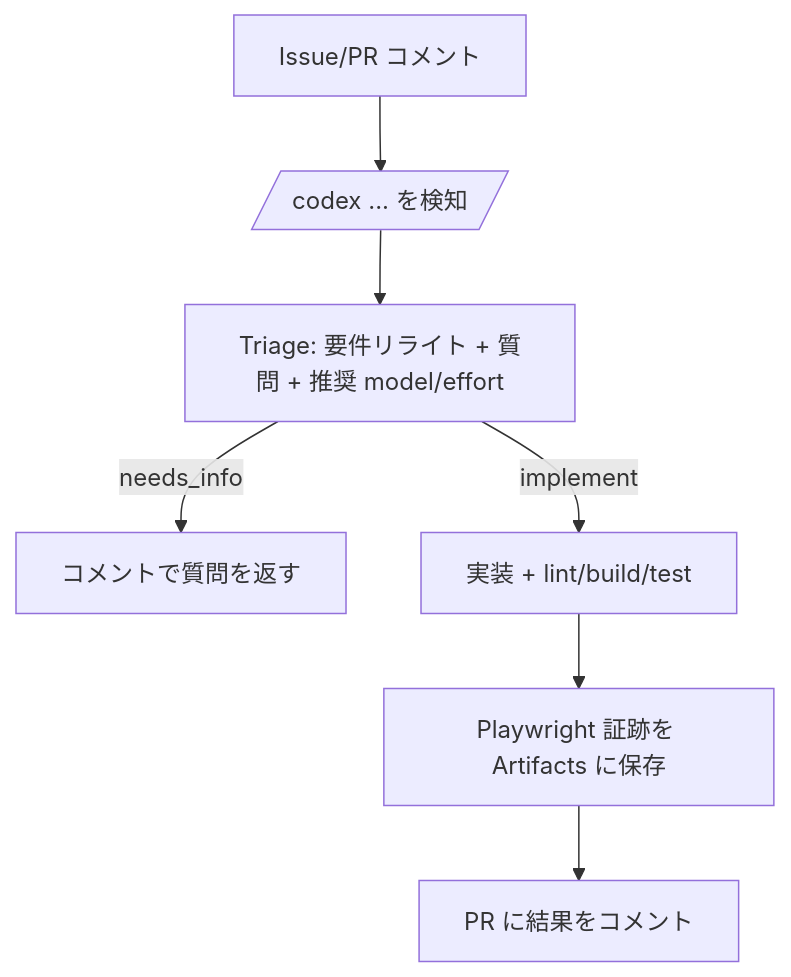
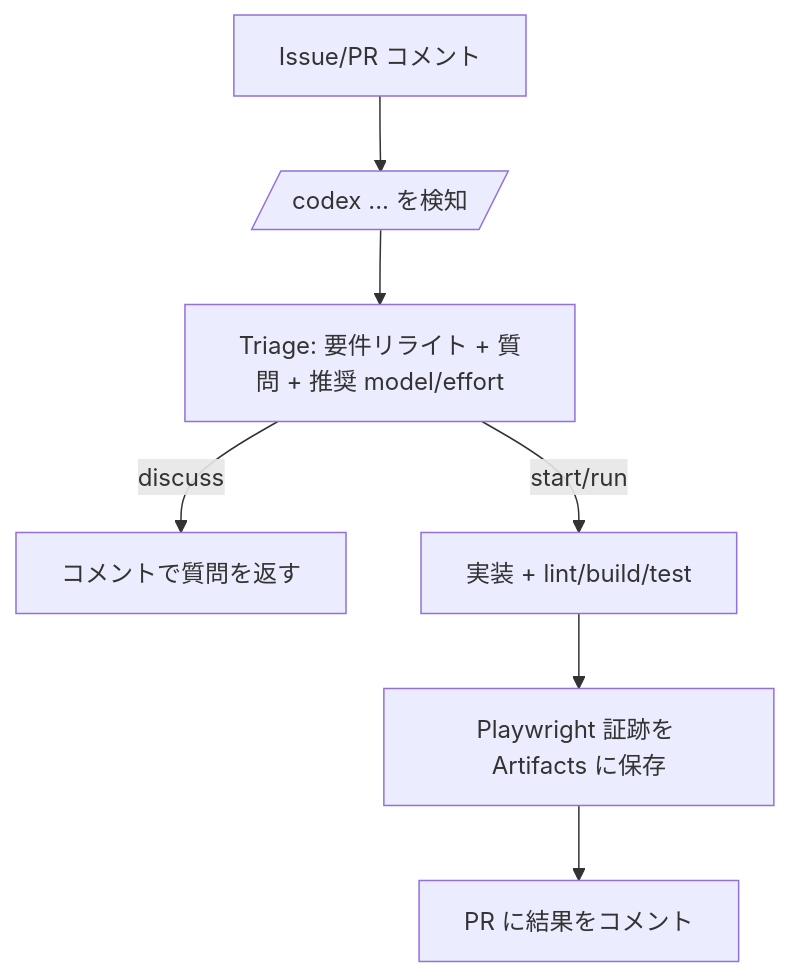
One commit to ist-h-i/SaihAI changed the diagram in README.md. Above: the diagram before and after it, drawn with Mermaid. The commit also changed 2 other files, not shown here.

Commit message:
fix workflow

````diff
--- a/README.md
+++ b/README.md
@@ -69,9 +69,9 @@
 ```mermaid
 flowchart TD
 U[Issue/PR コメント] --> C[/codex ... を検知/]
 C --> T[Triage: 要件リライト + 質問 + 推奨 model/effort]
-T -->|needs_info| Q[コメントで質問を返す]
-T -->|implement| I[実装 + lint/build/test]
+T -->|discuss| Q[コメントで質問を返す]
+T -->|start/run| I[実装 + lint/build/test]
 I --> E[Playwright 証跡を Artifacts に保存]
 E --> R[PR に結果をコメント]
 ```
````
